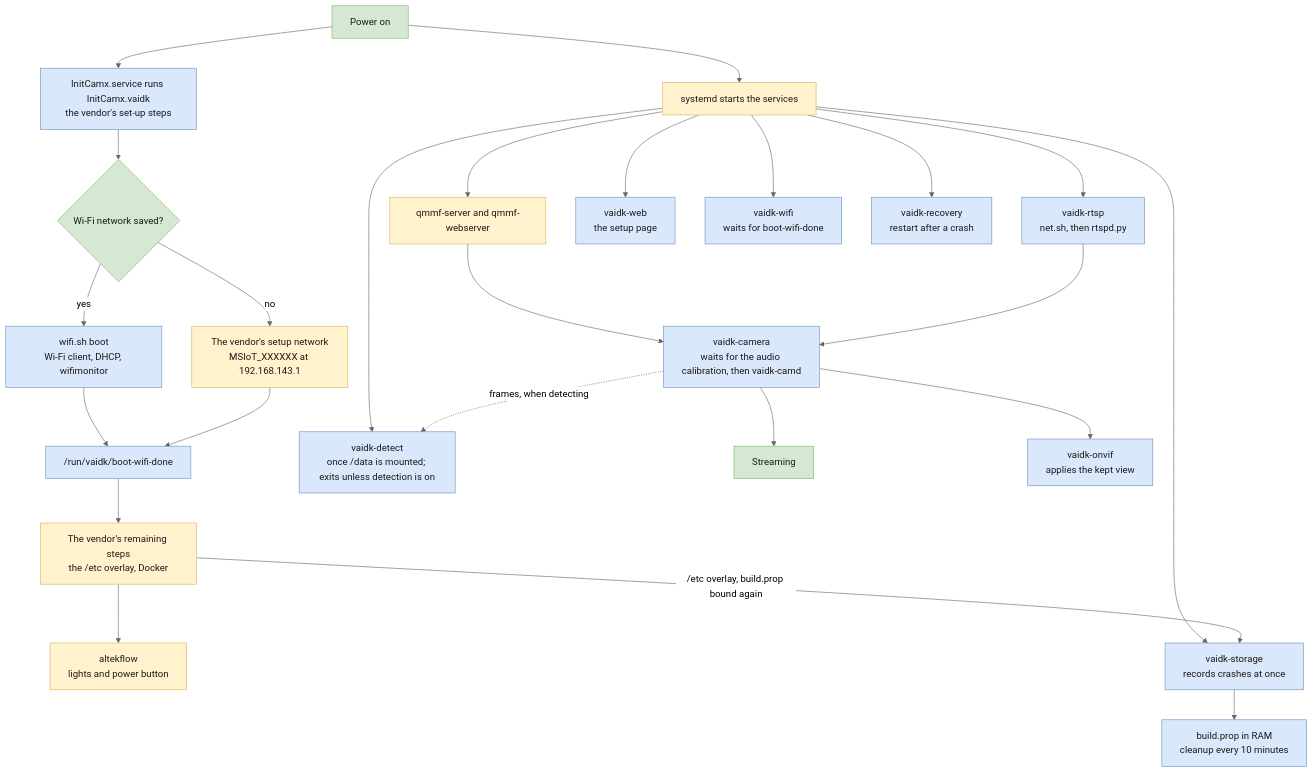
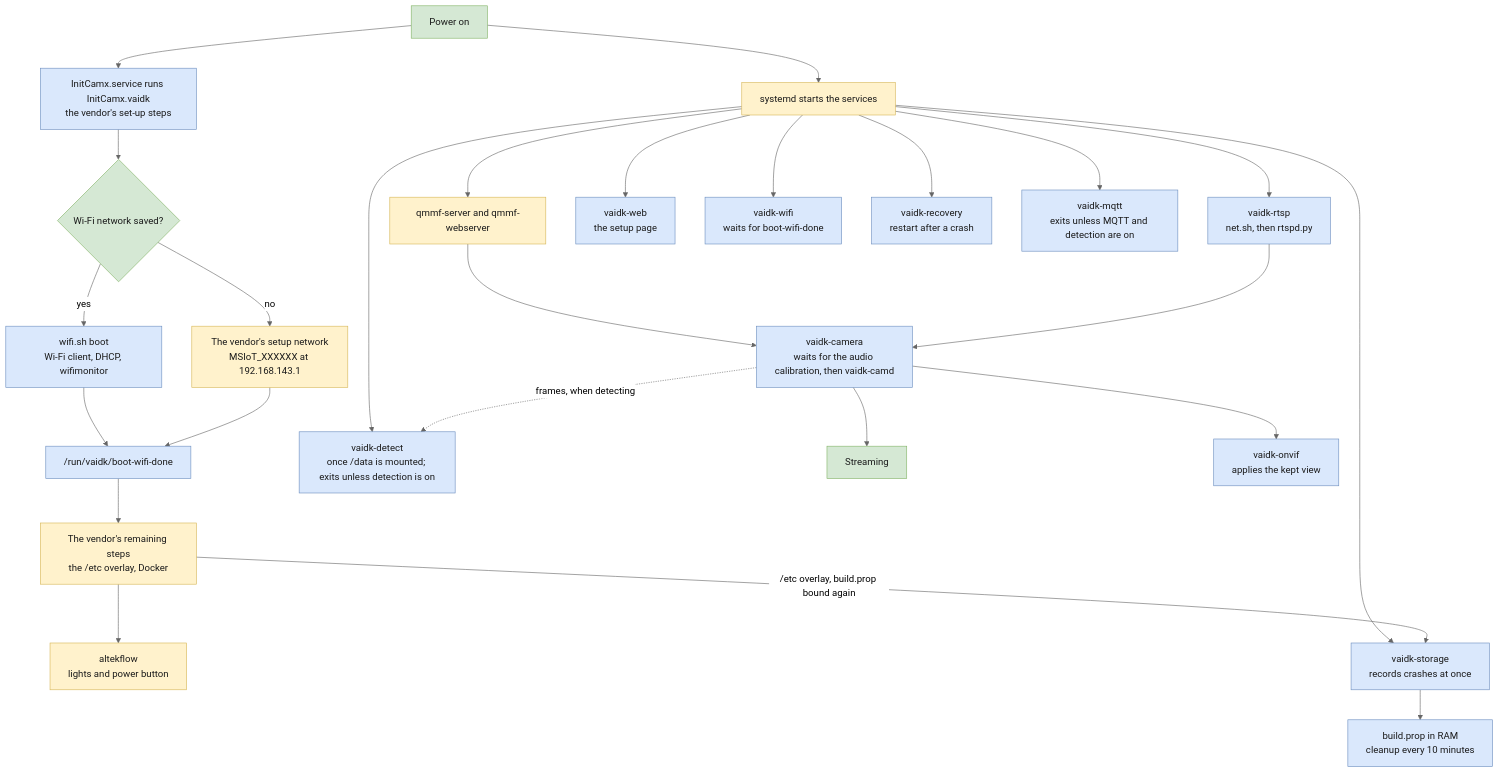
The eighth of 10 diagrams in ARCHITECTURE.md (howardginsburg/VisionAIDevKitRTSP), drawn with Mermaid (neutral theme) before and after one commit. The commit also changed other lines of this file and 16 other files, not shown here.

````diff
--- a/ARCHITECTURE.md
+++ b/ARCHITECTURE.md
@@ -369,32 +381,33 @@
 ```mermaid
 flowchart TB
     power["Power on"] --> init["InitCamx.service runs InitCamx.vaidk<br/>the vendor's set-up steps"]
     init --> saved{"Wi-Fi network saved?"}
     saved -- "yes" --> join["wifi.sh boot<br/>Wi-Fi client, DHCP, wifimonitor"]
     saved -- "no" --> ap["The vendor's setup network<br/>MSIoT_XXXXXX at 192.168.143.1"]
     join --> done["/run/vaidk/boot-wifi-done"]
     ap --> done
     done --> rest["The vendor's remaining steps<br/>the /etc overlay, Docker"]
     rest --> altek["altekflow<br/>lights and power button"]
     power --> svc["systemd starts the services"]
     svc --> qmmf["qmmf-server and qmmf-webserver"]
     svc --> rtsp["vaidk-rtsp<br/>net.sh, then rtspd.py"]
     svc --> web["vaidk-web<br/>the setup page"]
     svc --> watch["vaidk-wifi<br/>waits for boot-wifi-done"]
     svc --> recovery["vaidk-recovery<br/>restart after a crash"]
     svc --> storage["vaidk-storage<br/>records crashes at once"]
     svc --> det["vaidk-detect<br/>once /data is mounted; exits unless detection is on"]
+    svc --> mqtt["vaidk-mqtt<br/>exits unless MQTT and detection are on"]
     rest -- "/etc overlay, build.prop bound again" --> storage
     storage --> ram["build.prop in RAM<br/>cleanup every 10 minutes"]
     qmmf --> cam["vaidk-camera<br/>waits for the audio calibration, then vaidk-camd"]
     rtsp --> cam
     cam --> streaming["Streaming"]
     cam --> onvif["vaidk-onvif<br/>applies the kept view"]
     cam -. "frames, when detecting" .-> det
     classDef mod fill:#dae8fc,stroke:#6c8ebf,color:#1a1a1a
     classDef os fill:#fff2cc,stroke:#d6b656,color:#1a1a1a
     classDef use fill:#d5e8d4,stroke:#82b366,color:#1a1a1a
-    class init,join,done,rtsp,web,watch,recovery,storage,ram,cam,onvif,det mod
+    class init,join,done,rtsp,web,watch,recovery,storage,ram,cam,onvif,det,mqtt mod
     class ap,rest,altek,svc,qmmf os
     class power,saved,streaming use
 ```
````
